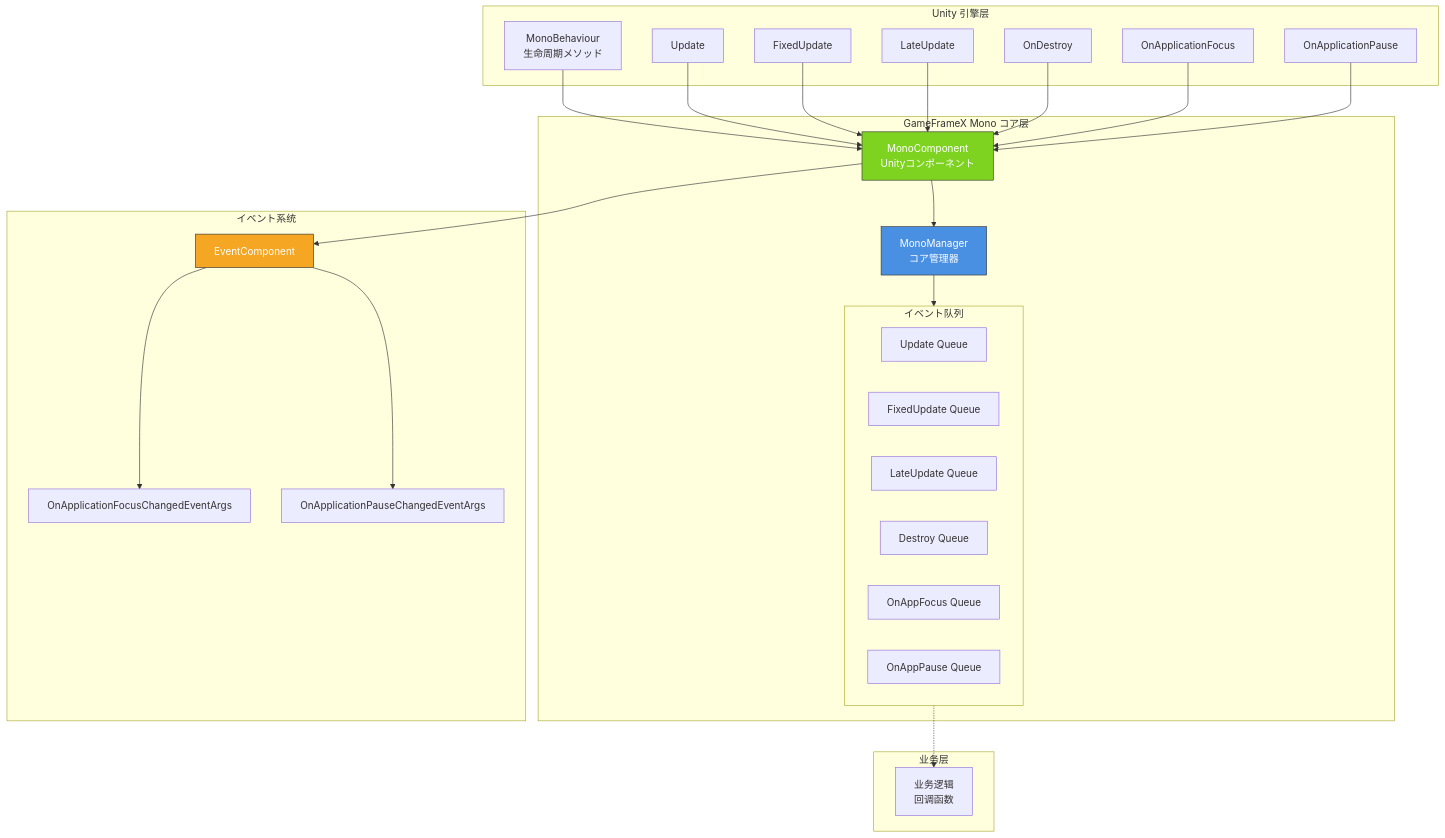
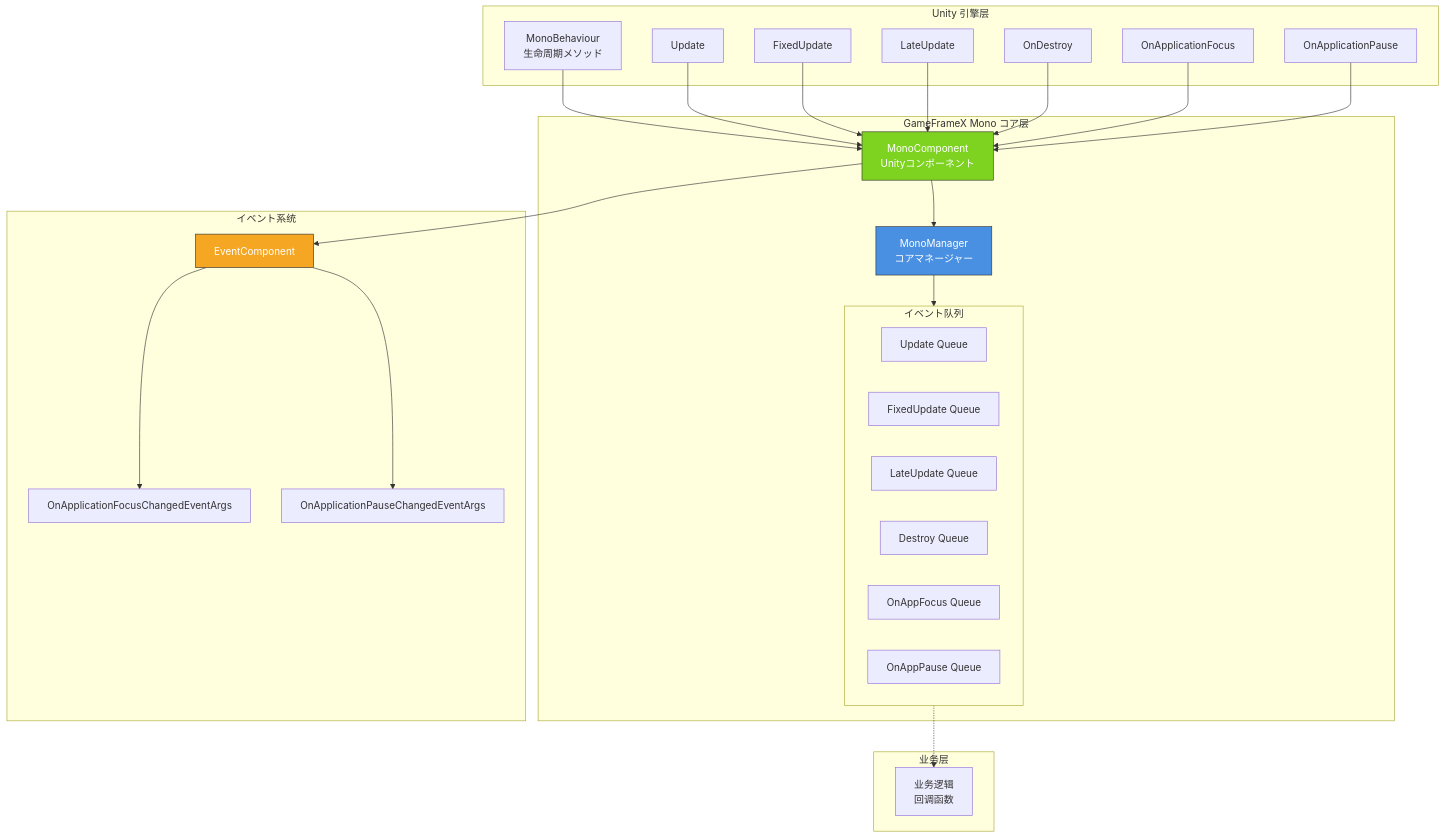
One commit to AlianBlank/GameFrameX.Docs changed the first of 2 diagrams in docs/ja/client/unity/component/mono/01.overview.md. Above: the diagram before and after it, drawn with Mermaid. The commit also changed other lines of this file and 320 other files, not shown here.

````diff
--- a/docs/ja/client/unity/component/mono/01.overview.md
+++ b/docs/ja/client/unity/component/mono/01.overview.md
@@ -22,56 +22,56 @@
 ```mermaid
 graph TD
     subgraph External["Unity 引擎层"]
         MB[MonoBehaviour<br/>生命周期メソッド]
         Update[Update]
         FixedUpdate[FixedUpdate]
         LateUpdate[LateUpdate]
         OnDestroy[OnDestroy]
         OnAppFocus[OnApplicationFocus]
         OnAppPause[OnApplicationPause]
     end
 
     subgraph Core["GameFrameX Mono コア层"]
         MC[MonoComponent<br/>Unityコンポーネント]
-        MM[MonoManager<br/>コア管理器]
+        MM[MonoManager<br/>コアマネージャー]
         
         subgraph Queues["イベント队列"]
             UQ[Update Queue]
             FUQ[FixedUpdate Queue]
             LUQ[LateUpdate Queue]
             DQ[Destroy Queue]
             OAFQ[OnAppFocus Queue]
             OAPQ[OnAppPause Queue]
         end
     end
 
     subgraph Event["イベント系统"]
         EC[EventComponent]
         OAFEA[OnApplicationFocusChangedEventArgs]
         OAPEA[OnApplicationPauseChangedEventArgs]
     end
 
     subgraph Business["业务层"]
         BL[业务逻辑<br/>回调函数]
     end
 
     MB --> MC
     Update --> MC
     FixedUpdate --> MC
     LateUpdate --> MC
     OnDestroy --> MC
     OnAppFocus --> MC
     OnAppPause --> MC
 
     MC --> MM
     MM --> Queues
     Queues -.-> BL
     
     MC --> EC
     EC --> OAFEA
     EC --> OAPEA
     
     style MM fill:#4a90e2,stroke:#333,color:#fff
     style MC fill:#7ed321,stroke:#333,color:#fff
     style EC fill:#f5a623,stroke:#333,color:#fff
 ```
````
